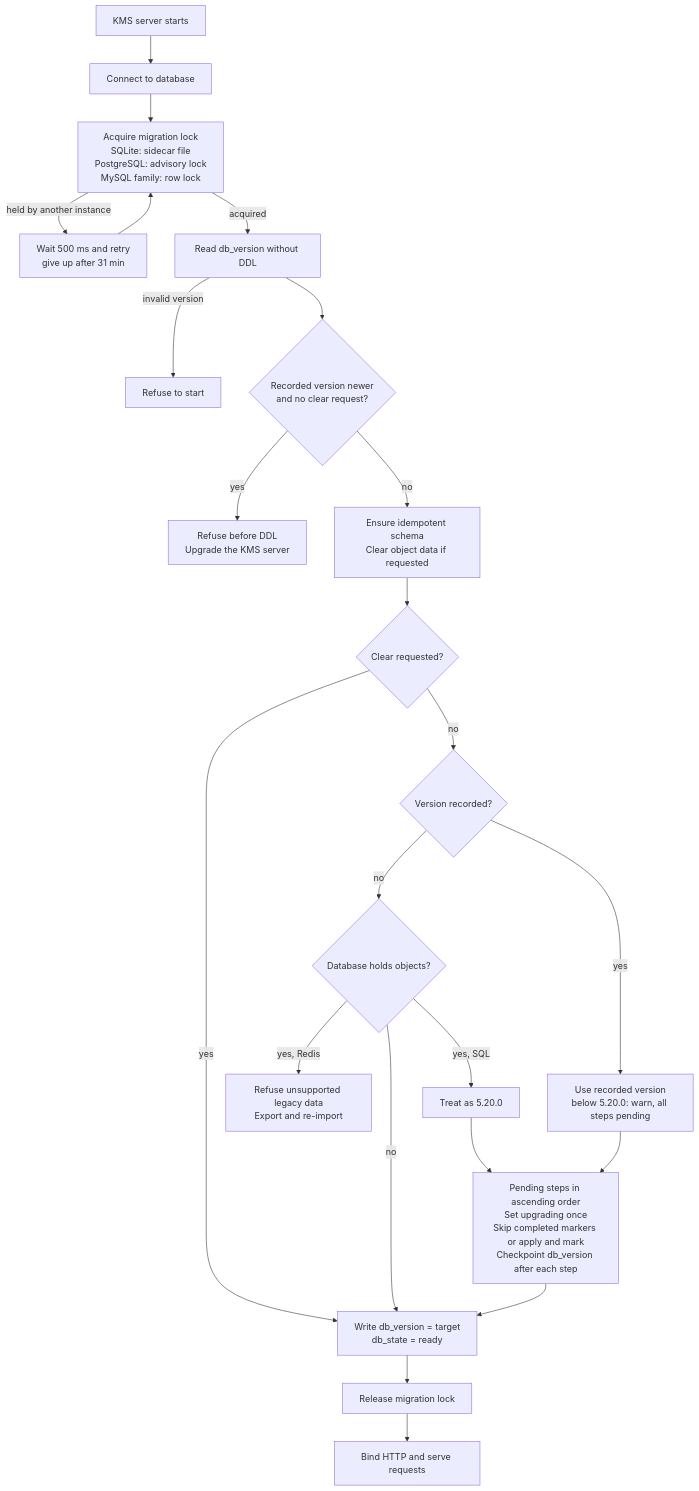
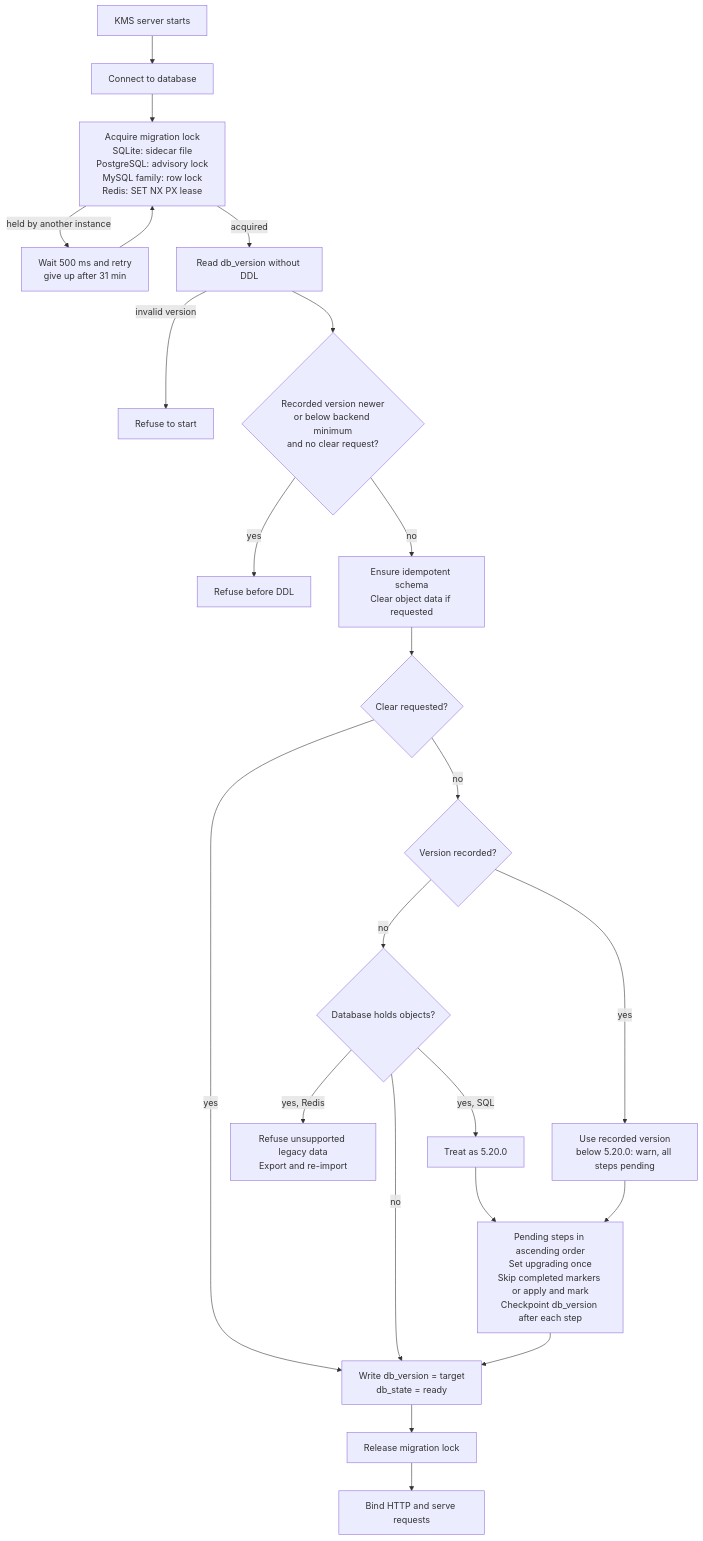
One commit to Cosmian/kms changed the second of 2 diagrams in documentation/docs/configuration/database/configuration.md. Above: the diagram before and after it, drawn with Mermaid. The commit also changed other lines of this file and 28 other files, not shown here.

Commit message:
feat(server_database): wire redis findex into the startup migration runner (#1270, #1272)

````diff
--- a/documentation/docs/configuration/database/configuration.md
+++ b/documentation/docs/configuration/database/configuration.md
@@ -420,25 +420,25 @@
 ```mermaid
 flowchart TD
     Start["KMS server starts"] --> Connect["Connect to database"]
-    Connect --> Lock["Acquire migration lock<br/>SQLite: sidecar file<br/>PostgreSQL: advisory lock<br/>MySQL family: row lock"]
+    Connect --> Lock["Acquire migration lock<br/>SQLite: sidecar file<br/>PostgreSQL: advisory lock<br/>MySQL family: row lock<br/>Redis: SET NX PX lease"]
     Lock -- "held by another instance" --> Wait["Wait 500 ms and retry<br/>give up after 31 min"]
     Wait --> Lock
     Lock -- "acquired" --> ReadVersion["Read db_version without DDL"]
     ReadVersion -- "invalid version" --> Invalid["Refuse to start"]
-    ReadVersion --> Compare{"Recorded version newer<br/>and no clear request?"}
-    Compare -- "yes" --> Refuse["Refuse before DDL<br/>Upgrade the KMS server"]
+    ReadVersion --> Compare{"Recorded version newer<br/>or below backend minimum<br/>and no clear request?"}
+    Compare -- "yes" --> Refuse["Refuse before DDL"]
     Compare -- "no" --> Schema["Ensure idempotent schema<br/>Clear object data if requested"]
     Schema --> Clear{"Clear requested?"}
     Clear -- "yes" --> Stamp["Write db_version = target<br/>db_state = ready"]
     Clear -- "no" --> Recorded{"Version recorded?"}
     Recorded -- "no" --> Data{"Database holds objects?"}
     Data -- "no" --> Stamp
     Data -- "yes, SQL" --> Baseline["Treat as 5.20.0"]
     Data -- "yes, Redis" --> Legacy["Refuse unsupported legacy data<br/>Export and re-import"]
     Recorded -- "yes" --> UseRecorded["Use recorded version<br/>below 5.20.0: warn, all steps pending"]
     Baseline --> Steps
     UseRecorded --> Steps["Pending steps in ascending order<br/>Set upgrading once<br/>Skip completed markers or apply and mark<br/>Checkpoint db_version after each step"]
     Steps --> Stamp
     Stamp --> Unlock["Release migration lock"]
     Unlock --> Serve["Bind HTTP and serve requests"]
 ```
````
